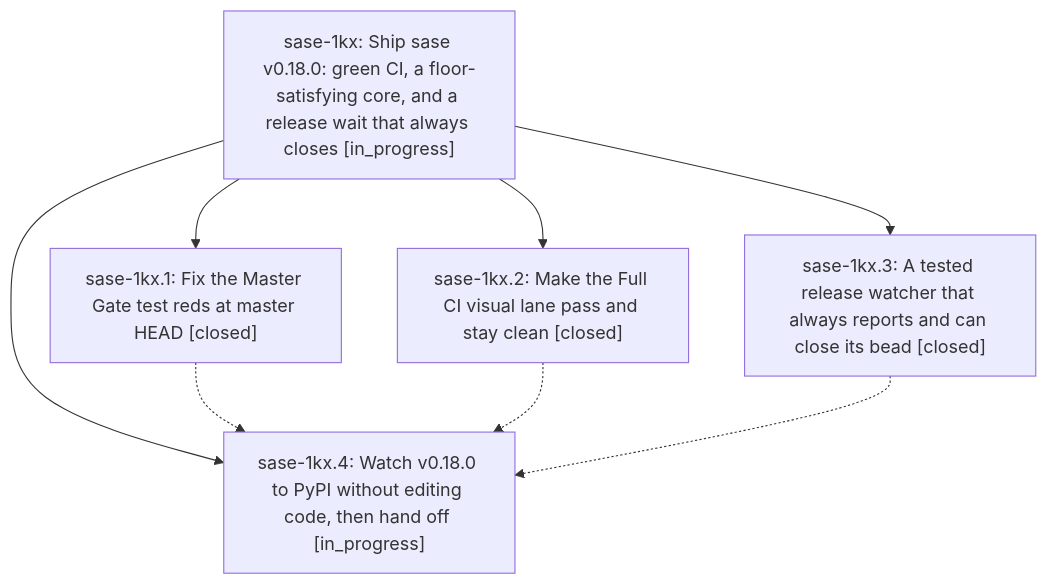
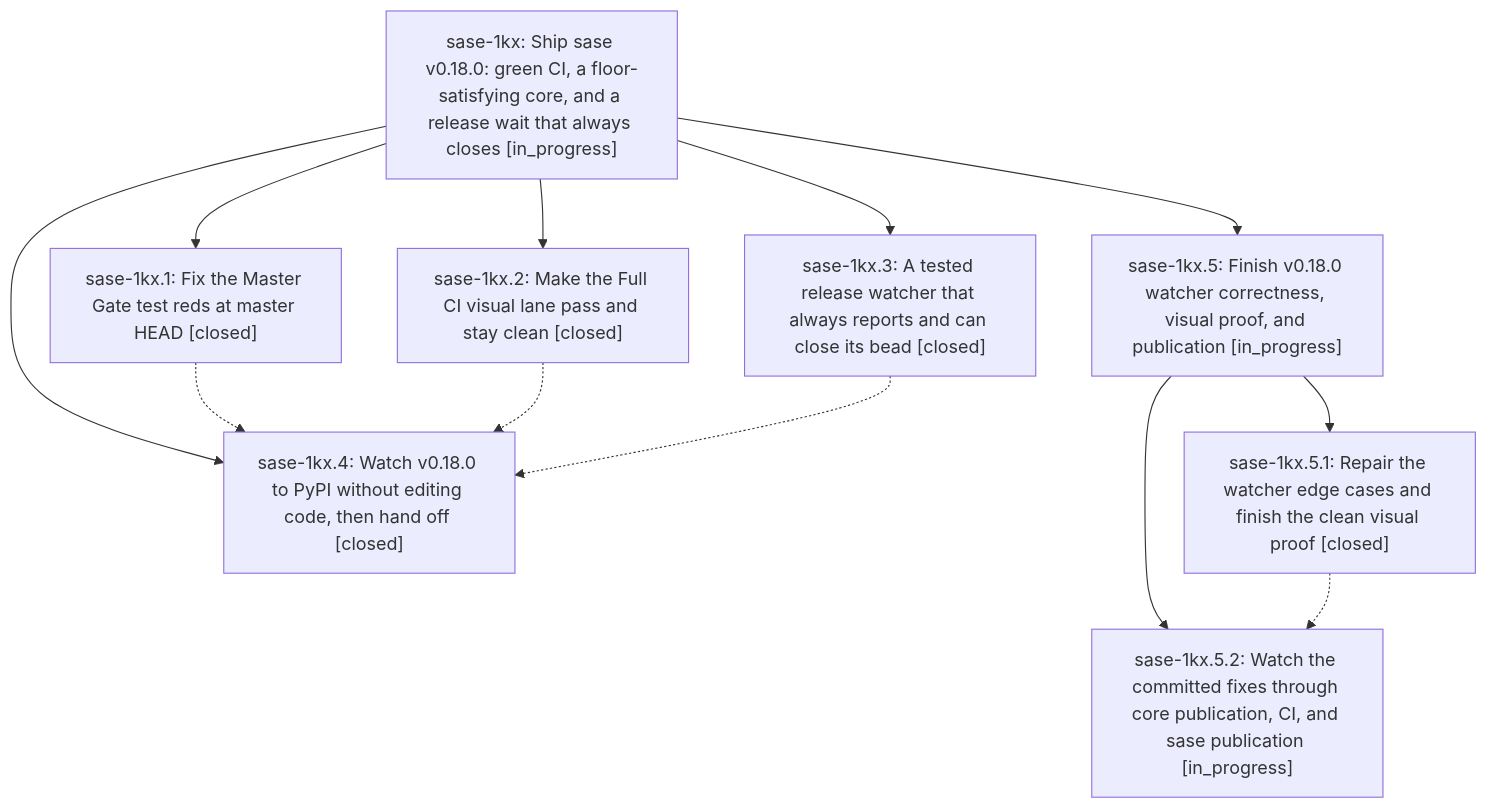
One commit to sase-org/sase--beads changed the diagram in pages/sase-1kx/README.md. Above: the diagram before and after it, drawn with Mermaid. The commit also changed other lines of this file and 7 other files, not shown here.

````diff
--- a/pages/sase-1kx/README.md
+++ b/pages/sase-1kx/README.md
@@ -39,15 +85,22 @@
 ```mermaid
 flowchart TD
     n0["sase-1kx: Ship sase v0.18.0: green CI, a floor-satisfying core, and a release wait that always closes [in_progress]"]
     n1["sase-1kx.1: Fix the Master Gate test reds at master HEAD [closed]"]
     n2["sase-1kx.2: Make the Full CI visual lane pass and stay clean [closed]"]
     n3["sase-1kx.3: A tested release watcher that always reports and can close its bead [closed]"]
-    n4["sase-1kx.4: Watch v0.18.0 to PyPI without editing code, then hand off [in_progress]"]
+    n4["sase-1kx.4: Watch v0.18.0 to PyPI without editing code, then hand off [closed]"]
+    n5["sase-1kx.5: Finish v0.18.0 watcher correctness, visual proof, and publication [in_progress]"]
+    n6["sase-1kx.5.1: Repair the watcher edge cases and finish the clean visual proof [closed]"]
+    n7["sase-1kx.5.2: Watch the committed fixes through core publication, CI, and sase publication [in_progress]"]
     n0 --> n1
     n0 --> n2
     n0 --> n3
     n0 --> n4
+    n0 --> n5
+    n5 --> n6
+    n5 --> n7
     n1 -.-> n4
     n2 -.-> n4
     n3 -.-> n4
+    n6 -.-> n7
 ```
````
